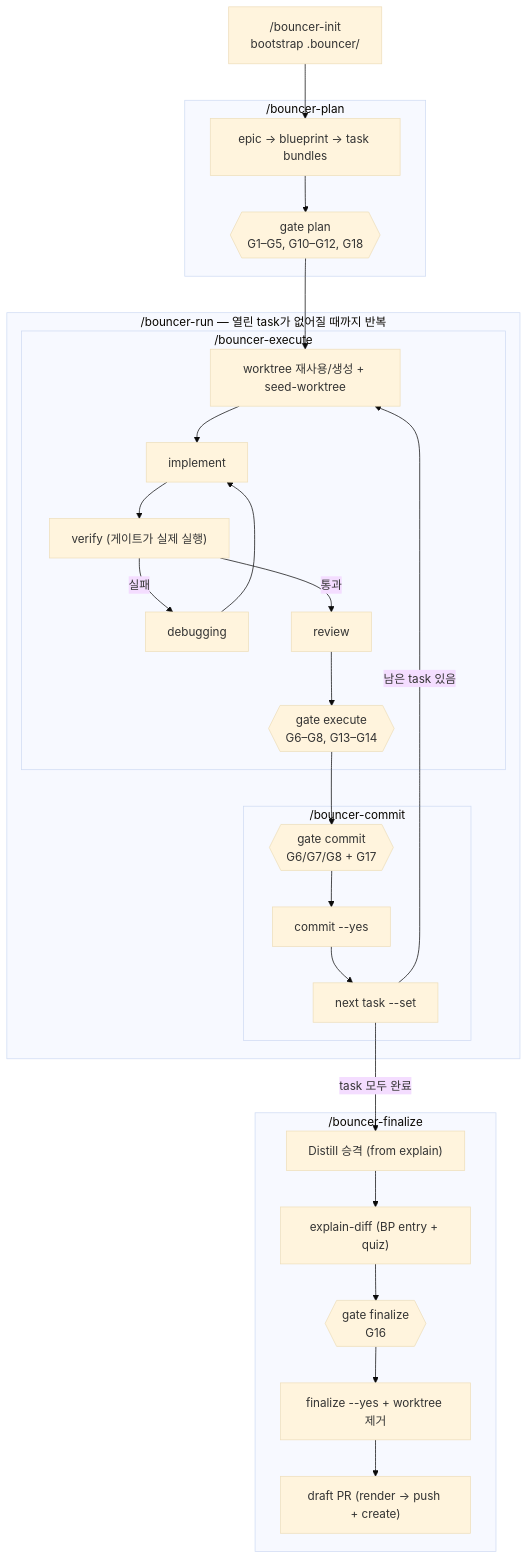
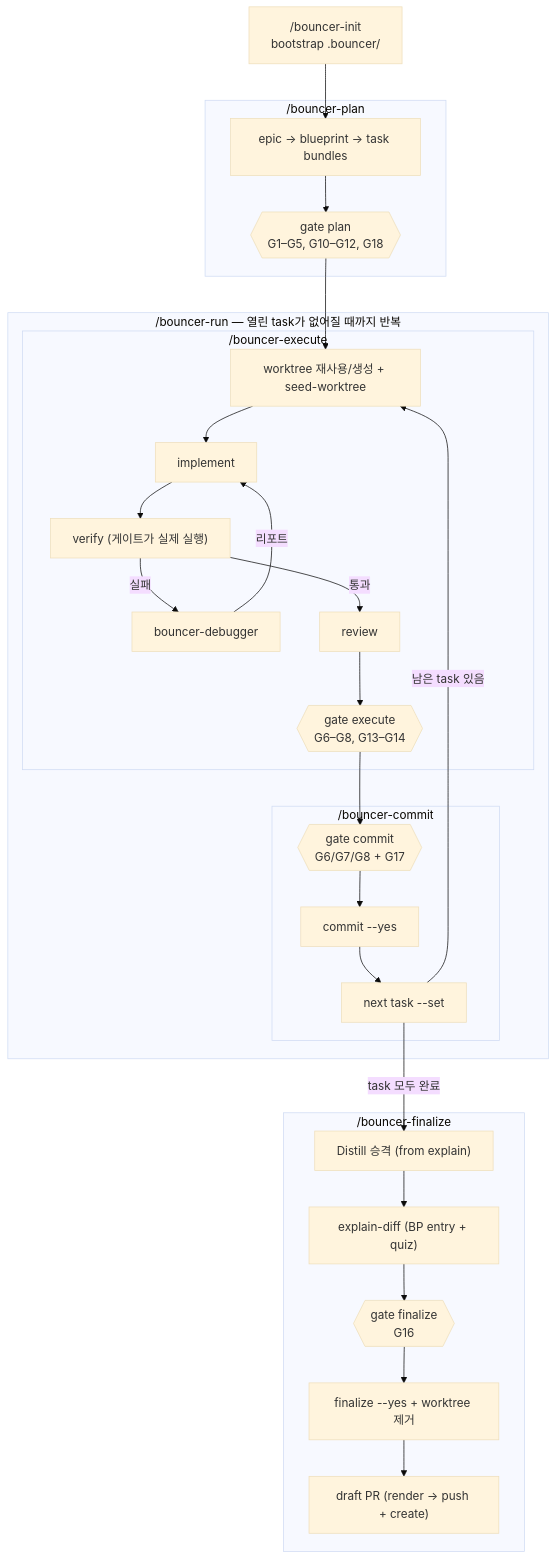
The diagram in docs/workflow.md (cheongfish/bouncer), drawn with Mermaid (base theme) before and after one commit. The commit also changed other lines of this file and 12 other files, not shown here.

````diff
--- a/docs/workflow.md
+++ b/docs/workflow.md
@@ -22,37 +22,37 @@
 ```mermaid
 flowchart TD
     BI["/bouncer-init<br/>bootstrap .bouncer/"]
 
     subgraph PLAN["/bouncer-plan"]
         P1["epic → blueprint → task bundles"] --> P2{{"gate plan<br/>G1–G5, G10–G12, G18"}}
     end
 
     subgraph RUN["/bouncer-run — 열린 task가 없어질 때까지 반복"]
         subgraph EXEC["/bouncer-execute"]
             E1["worktree 재사용/생성 + seed-worktree"] --> E2["implement"]
             E2 --> E3["verify (게이트가 실제 실행)"]
-            E3 -- 실패 --> E4["debugging"]
-            E4 --> E2
+            E3 -- 실패 --> E4["bouncer-debugger"]
+            E4 -- 리포트 --> E2
             E3 -- 통과 --> E5["review"]
             E5 --> E6{{"gate execute<br/>G6–G8, G13–G14"}}
         end
 
         subgraph COMMIT["/bouncer-commit"]
             C1{{"gate commit<br/>G6/G7/G8 + G17"}} --> C2["commit --yes"]
             C2 --> C3["next task --set"]
         end
     end
 
     subgraph FIN["/bouncer-finalize"]
         F1["Distill 승격 (from explain)"] --> F2["explain-diff (BP entry + quiz)"]
         F2 --> F3{{"gate finalize<br/>G16"}}
         F3 --> F4["finalize --yes + worktree 제거"]
         F4 --> F5["draft PR (render → push + create)"]
     end
 
     BI --> P1
     P2 --> E1
     E6 --> C1
     C3 -- "남은 task 있음" --> E1
     C3 -- "task 모두 완료" --> F1
 ```
````
